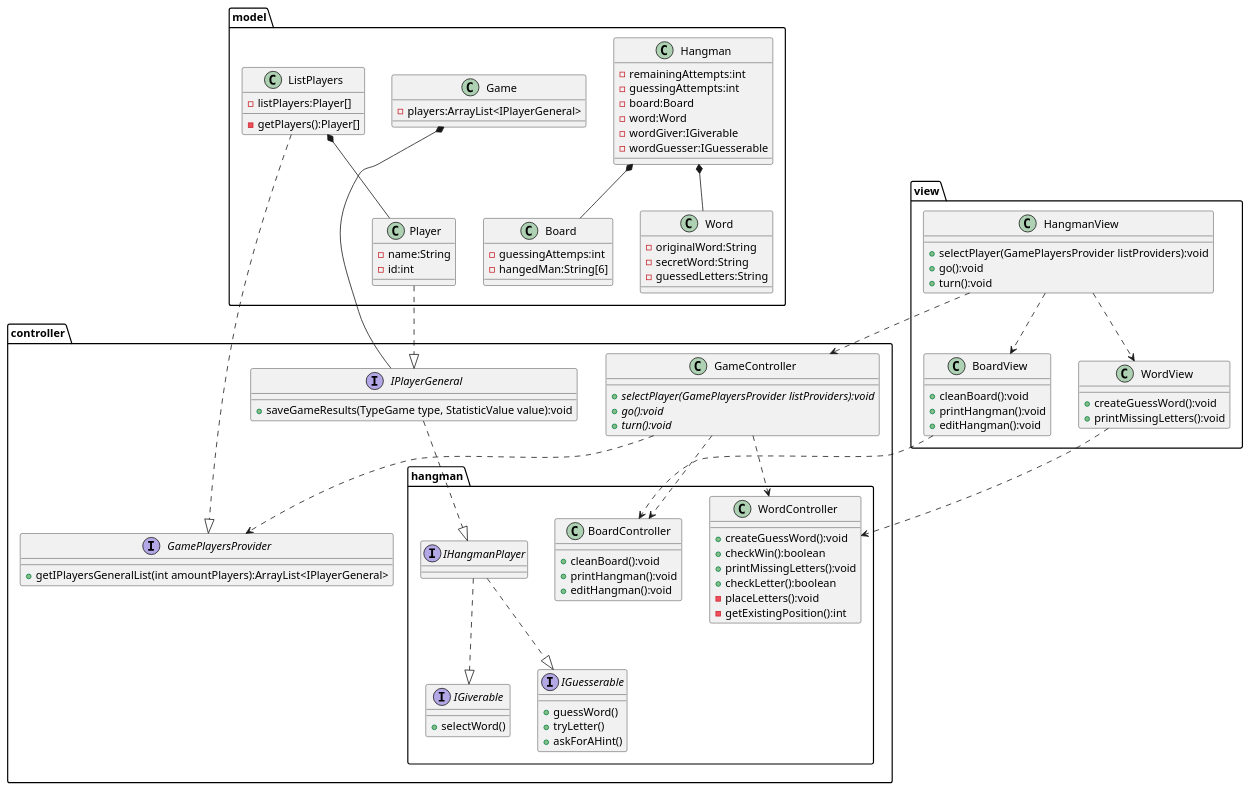
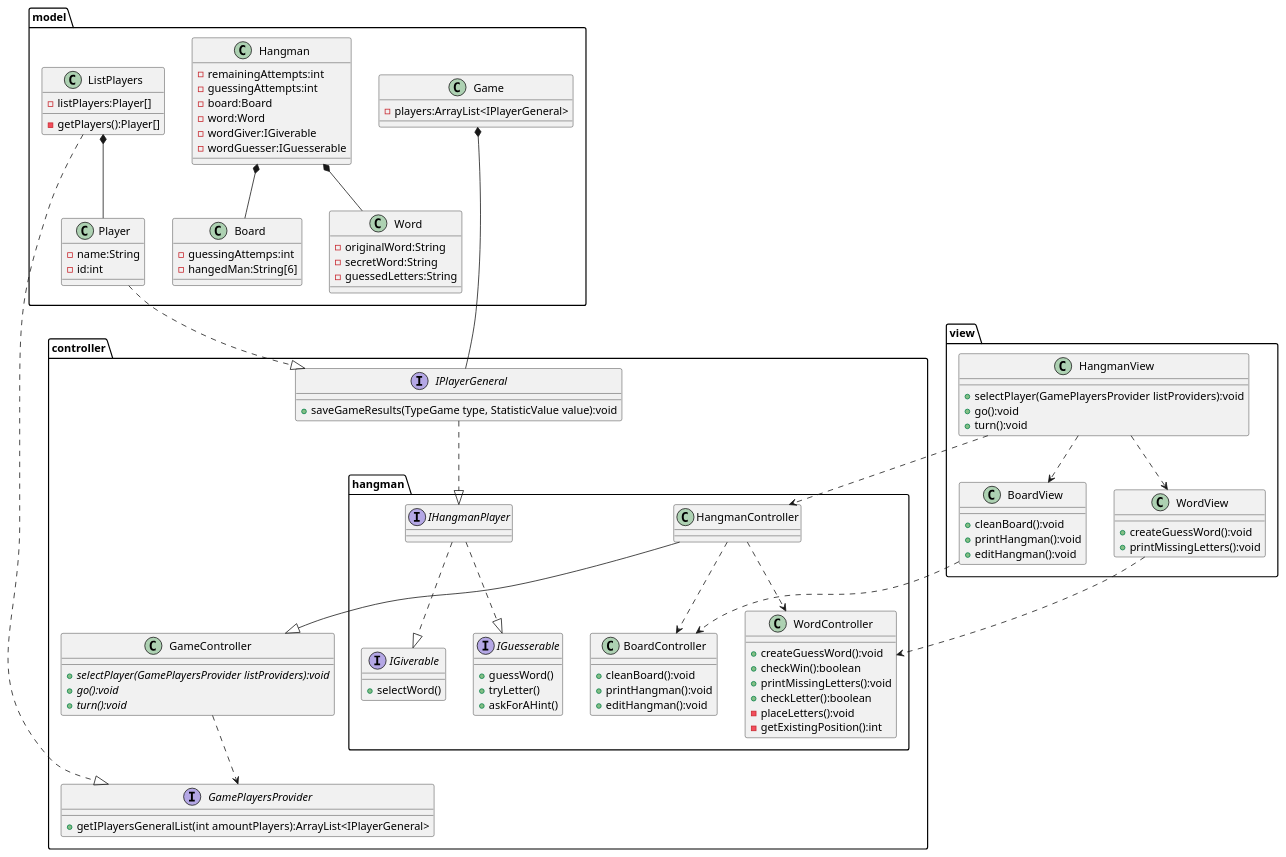
The diagram in docs/Classes/MVC/Hangman.wsd (LouisGonzalez/DSU-Project-Games), drawn with PlantUML before and after one commit.

Commit message:
updating hangman diagram class

```diff
--- a/docs/Classes/MVC/Hangman.wsd
+++ b/docs/Classes/MVC/Hangman.wsd
@@ -1,146 +1,150 @@
 @startuml MVCHangman
 
 package model {
 
     class Player{
         -name:String
         -id:int
     }
 
     class ListPlayers{
         -listPlayers:Player[]
         -getPlayers():Player[]
     }
 
     class Word{
         -originalWord:String
         -secretWord:String
         -guessedLetters:String
     }
 
     class Board{
         -guessingAttemps:int
         -hangedMan:String[6]
     }
 
     class Hangman{
         -remainingAttempts:int
         -guessingAttempts:int
         -board:Board
         -word:Word
         -wordGiver:IGiverable
         -wordGuesser:IGuesserable
 
     }
 
     class Game {
         -players:ArrayList<IPlayerGeneral>
     }
 
 }
 
 package view {
 
     class BoardView{
         +cleanBoard():void
         +printHangman():void
         +editHangman():void
 
     }
 
     class HangmanView{
         + selectPlayer(GamePlayersProvider listProviders):void
         + go():void
         + turn():void   
 
     }
 
     class WordView{
         +createGuessWord():void
         +printMissingLetters():void
     }
 
 }
 
 package controller {
 
     package hangman{
 
+        class HangmanController{}
+
         interface IHangmanPlayer{}
 
         interface IGiverable{
             + selectWord()
         }
 
         interface IGuesserable{
             + guessWord()
             + tryLetter()
             + askForAHint()
         }
 
         class WordController{
             +createGuessWord():void
             +checkWin():boolean
             +printMissingLetters():void
             +checkLetter():boolean
             -placeLetters():void
             -getExistingPosition():int
 
         }
 
         class BoardController{
             +cleanBoard():void
             +printHangman():void
             +editHangman():void
 
         }
 
 
     }
 
 
     class GameController{
         + {abstract}selectPlayer(GamePlayersProvider listProviders):void
         + {abstract}go():void
         + {abstract}turn():void   
     }
 
     interface GamePlayersProvider {
         + getIPlayersGeneralList(int amountPlayers):ArrayList<IPlayerGeneral>
     }
 
     interface IPlayerGeneral{
     + saveGameResults(TypeGame type, StatisticValue value):void
 }
 
 
 
 
 
 }
 Player ..|> IPlayerGeneral
 ListPlayers ..|> GamePlayersProvider
 
 Hangman *-- Board
 Hangman *-- Word
 ListPlayers *-- Player
 
 IPlayerGeneral ..|> IHangmanPlayer
 IHangmanPlayer ..|> IGiverable
 IHangmanPlayer ..|> IGuesserable
 
 GameController ..> GamePlayersProvider
 Game *-- IPlayerGeneral
 
-GameController ..> BoardController
-GameController ..> WordController
+HangmanController ..> BoardController
+HangmanController ..> WordController
 
 HangmanView ..> WordView
 HangmanView ..> BoardView
-HangmanView ..> GameController
+HangmanView ..> HangmanController
 WordView ..> WordController
 BoardView ..> BoardController
+
+HangmanController --|> GameController
 
 
 
 @enduml 
```
